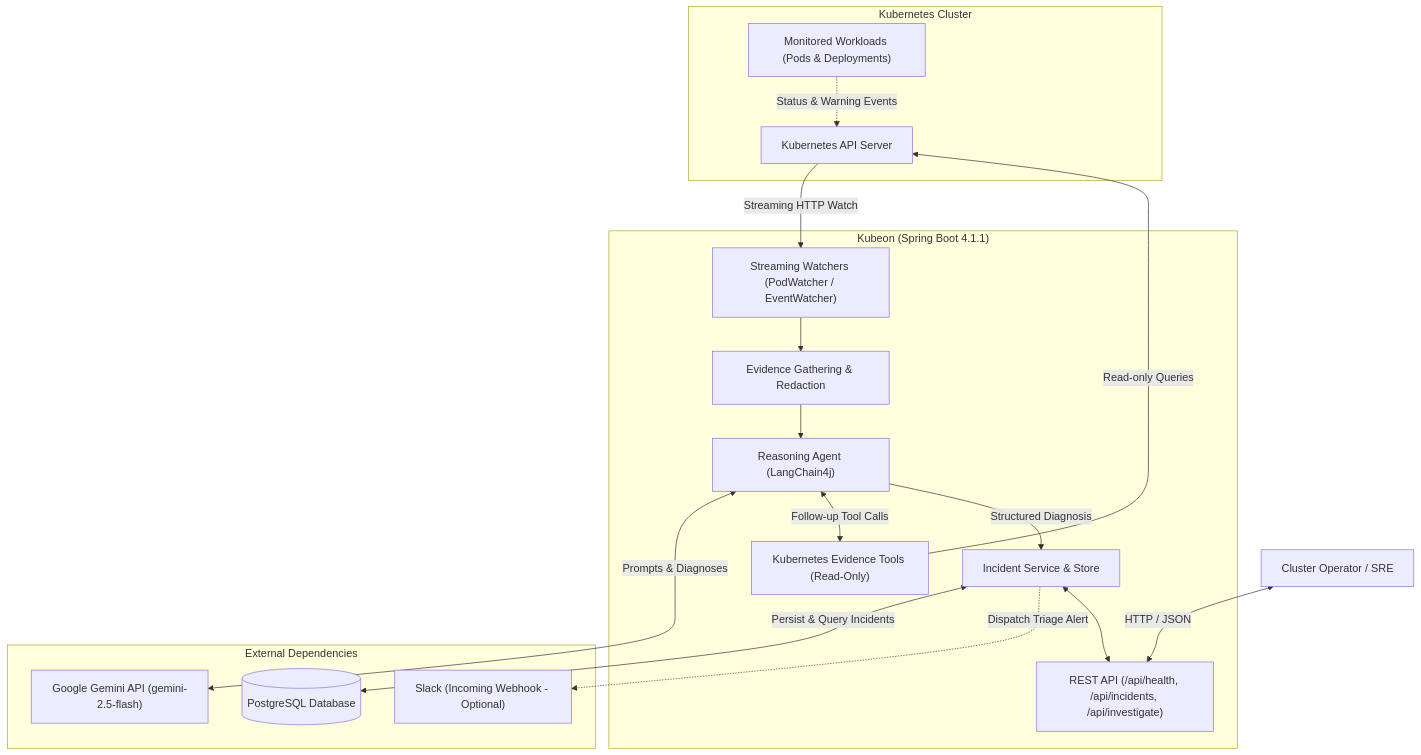
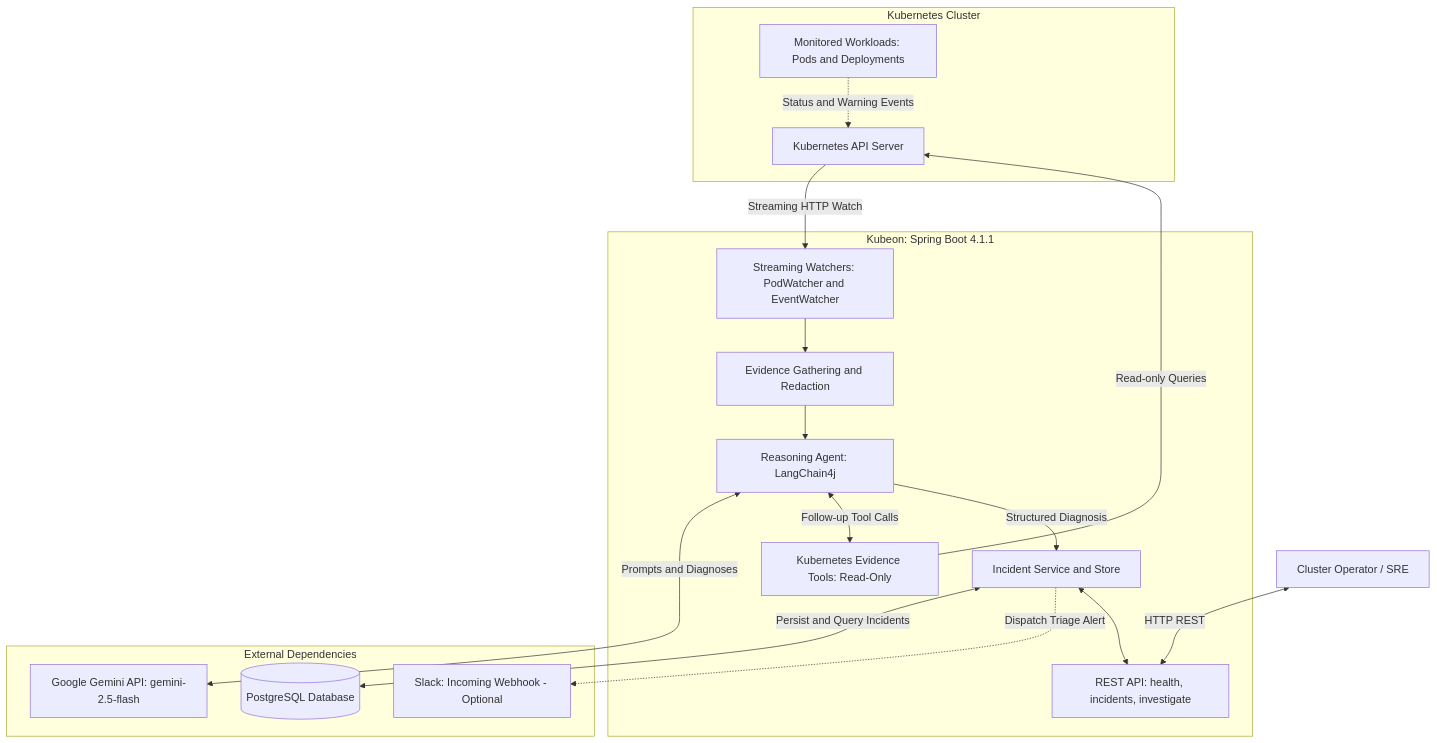
The first of 5 diagrams in README.md (Sharan-0-dot/kubeon), drawn with Mermaid before and after one commit. The commit also changed other lines of this file and 1 other file, not shown here.

Commit message:
docs: fix GitHub Mermaid diagram syntax errors

````diff
--- a/README.md
+++ b/README.md
@@ -65,35 +65,35 @@
 ```mermaid
 flowchart TD
     subgraph K8S_CLUSTER["Kubernetes Cluster"]
-        K8S_WORKLOADS["Monitored Workloads (Pods & Deployments)"]
+        K8S_WORKLOADS["Monitored Workloads: Pods and Deployments"]
         K8S_API["Kubernetes API Server"]
     end
 
-    subgraph KUBEON["Kubeon (Spring Boot 4.1.1)"]
-        WATCHERS["Streaming Watchers (PodWatcher / EventWatcher)"]
-        EVIDENCE["Evidence Gathering & Redaction"]
-        REASONING["Reasoning Agent (LangChain4j)"]
-        TOOLS["Kubernetes Evidence Tools (Read-Only)"]
-        INCIDENT_MGR["Incident Service & Store"]
-        REST_API["REST API (/api/health, /api/incidents, /api/investigate)"]
+    subgraph KUBEON["Kubeon: Spring Boot 4.1.1"]
+        WATCHERS["Streaming Watchers: PodWatcher and EventWatcher"]
+        EVIDENCE["Evidence Gathering and Redaction"]
+        REASONING["Reasoning Agent: LangChain4j"]
+        TOOLS["Kubernetes Evidence Tools: Read-Only"]
+        INCIDENT_MGR["Incident Service and Store"]
+        REST_API["REST API: health, incidents, investigate"]
     end
 
     subgraph EXTERNAL["External Dependencies"]
-        GEMINI["Google Gemini API (gemini-2.5-flash)"]
+        GEMINI["Google Gemini API: gemini-2.5-flash"]
         POSTGRES[("PostgreSQL Database")]
-        SLACK["Slack (Incoming Webhook - Optional)"]
+        SLACK["Slack: Incoming Webhook - Optional"]
     end
 
-    K8S_WORKLOADS -.->|Status & Warning Events| K8S_API
+    K8S_WORKLOADS -.->|Status and Warning Events| K8S_API
     K8S_API -->|Streaming HTTP Watch| WATCHERS
     WATCHERS --> EVIDENCE
     EVIDENCE --> REASONING
-    REASONING <-->|Prompts & Diagnoses| GEMINI
+    REASONING <-->|Prompts and Diagnoses| GEMINI
     REASONING <-->|Follow-up Tool Calls| TOOLS
     TOOLS -->|Read-only Queries| K8S_API
     REASONING -->|Structured Diagnosis| INCIDENT_MGR
-    INCIDENT_MGR <-->|Persist & Query Incidents| POSTGRES
+    INCIDENT_MGR <-->|Persist and Query Incidents| POSTGRES
     INCIDENT_MGR -.->|Dispatch Triage Alert| SLACK
     INCIDENT_MGR <--> REST_API
-    OPERATOR["Cluster Operator / SRE"] <-->|HTTP / JSON| REST_API
+    OPERATOR["Cluster Operator / SRE"] <-->|HTTP REST| REST_API
 ```
````
